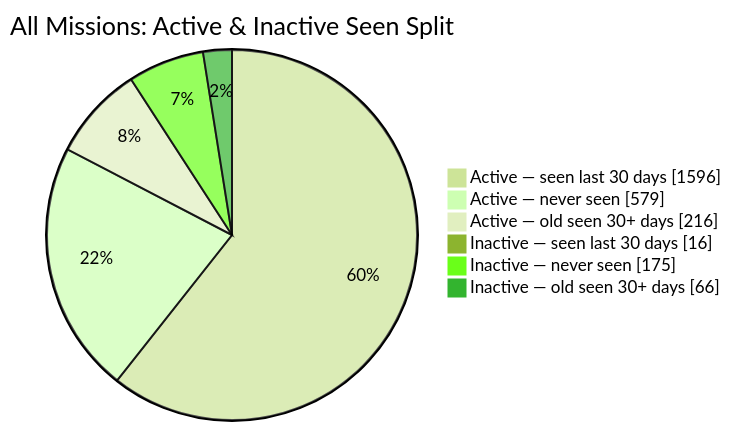
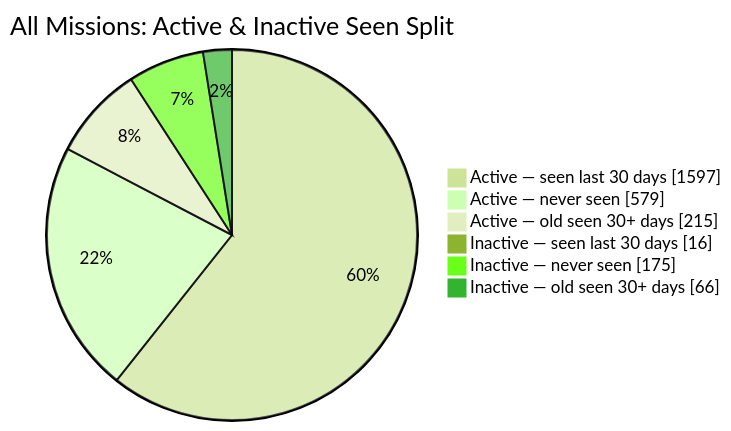
The second of 2 diagrams in README.md (MeldkamerspelGameTeam/active-missions), drawn with Mermaid (forest theme) before and after one commit. The commit also changed other lines of this file and 2 other files, not shown here.

````diff
--- a/README.md
+++ b/README.md
@@ -44,10 +44,10 @@
 ```mermaid
 pie showData
     title All Missions: Active & Inactive Seen Split
-    "Active — seen last 30 days" : 1596
+    "Active — seen last 30 days" : 1597
     "Active — never seen" : 579
-    "Active — old seen 30+ days" : 216
+    "Active — old seen 30+ days" : 215
     "Inactive — seen last 30 days" : 16
     "Inactive — never seen" : 175
     "Inactive — old seen 30+ days" : 66
 ```
````
